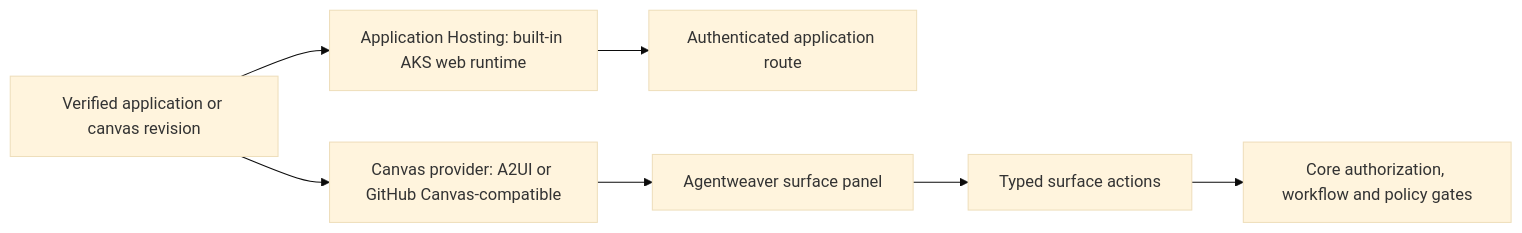
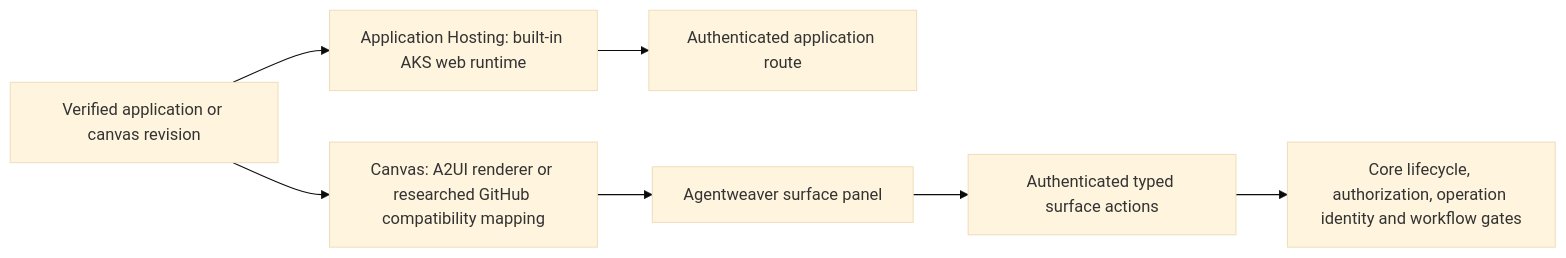
One commit to sabbour/agentweaver changed the second of 2 diagrams in docs/architecture/design/applications-and-surfaces.md. Above: the diagram before and after it, drawn with Mermaid (base theme). The commit also changed other lines of this file and 4 other files, not shown here.

First line of the commit message:
docs(canvas): record bounded GitHub compatibility research

````diff
--- a/docs/architecture/design/applications-and-surfaces.md
+++ b/docs/architecture/design/applications-and-surfaces.md
@@ -233,9 +321,9 @@
 ```mermaid
 flowchart LR
     Revision["Verified application or canvas revision"] --> Hosting["Application Hosting: built-in AKS web runtime"]
-    Revision --> Canvas["Canvas provider: A2UI or GitHub Canvas-compatible"]
+    Revision --> Canvas["Canvas: A2UI renderer or researched GitHub compatibility mapping"]
     Hosting --> Route["Authenticated application route"]
     Canvas --> Panel["Agentweaver surface panel"]
-    Panel --> Actions["Typed surface actions"]
-    Actions --> Core["Core authorization, workflow and policy gates"]
+    Panel --> Actions["Authenticated typed surface actions"]
+    Actions --> Core["Core lifecycle, authorization, operation identity and workflow gates"]
 ```
````
